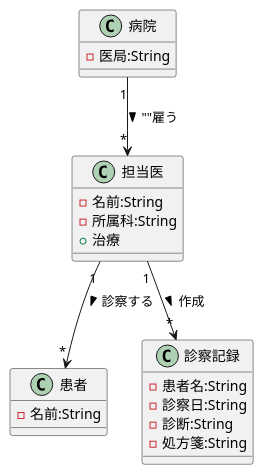
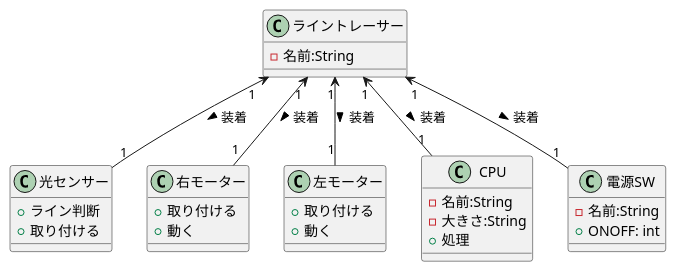
One commit to hitokin/uml_introduction changed the diagram in 演習６/演習6-5-1_クラス図_ライントレーサー.pu. Above: the diagram before and after it, drawn with PlantUML. The commit also changed 17 other files, not shown here.

```diff
--- a/演習６/演習6-5-1_クラス図_ライントレーサー.pu
+++ b/演習６/演習6-5-1_クラス図_ライントレーサー.pu
@@ -1,23 +1,34 @@
-@startuml 診療記録
-class 病院 {
-- 医局:String
+@startuml ライントレーサー
+class ライントレーサー {
+- 名前:String
 }
-class 担当医 {
+
+class 光センサー {
++ ライン判断
++ 取り付ける
+}
+
+class 右モーター {
++ 取り付ける
++ 動く
+}
+
+class 左モーター {
++ 取り付ける
++ 動く
+}
+class CPU {
 - 名前:String
-- 所属科:String
-+ 治療
+- 大きさ:String
++ 処理
 }
-class 患者 {
+class 電源SW {
 - 名前:String
-
++ ONOFF: int
 }
-class 診察記録 {
-- 患者名:String
-- 診察日:String
-- 診断:String
-- 処方箋:String
-}
-病院 "1"-->"*" 担当医:""雇う >
-担当医 "1"-->"*" 患者:診察する >
-担当医 "1"--> "*"診察記録:作成 >
+ライントレーサー "1" <-- "1" 光センサー :装着 >
+ライントレーサー "1" <-- "1" 右モーター :装着 >
+ライントレーサー "1" <-- "1" 左モーター :装着 >
+ライントレーサー "1" <-- "1" CPU :装着 >
+ライントレーサー "1" <-- "1" 電源SW :装着 >
 @enduml
```
